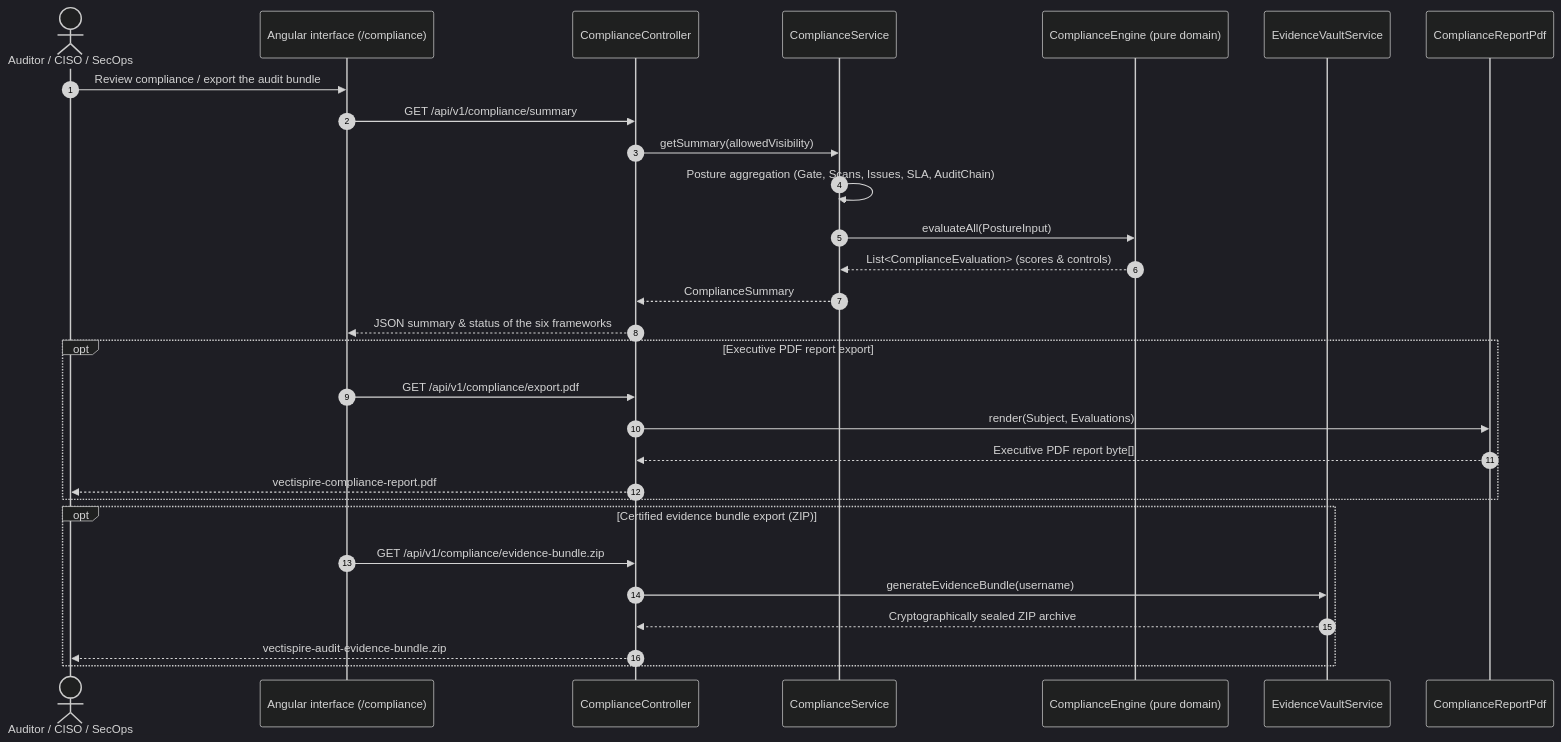
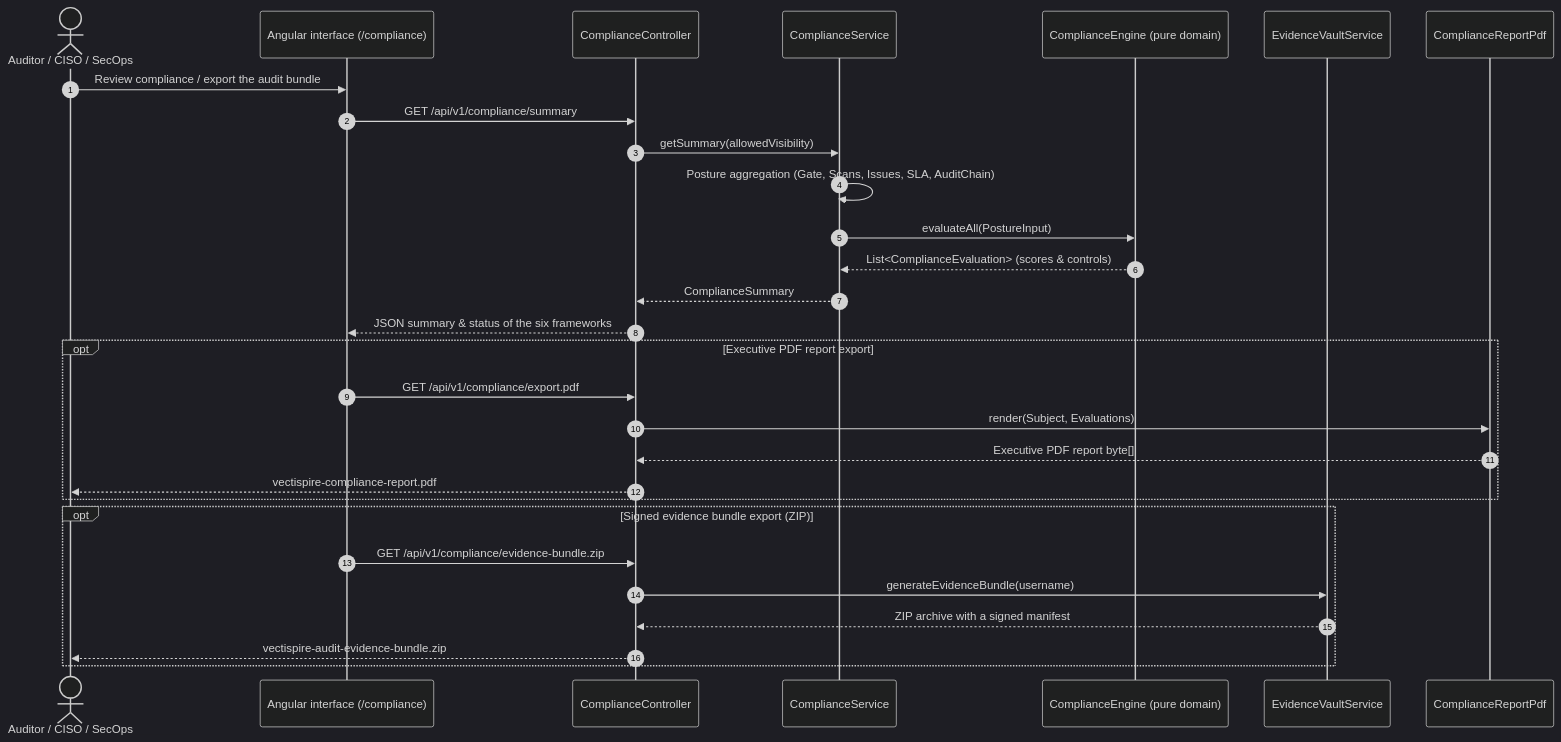
One commit to asmolabs/vectispire changed the diagram in docs/en/COMPLIANCE_AND_REGULATORY.md. Above: the diagram before and after it, drawn with Mermaid (dark theme). The commit also changed other lines of this file and 43 other files, not shown here.

````diff
--- a/docs/en/COMPLIANCE_AND_REGULATORY.md
+++ b/docs/en/COMPLIANCE_AND_REGULATORY.md
@@ -16,34 +28,34 @@
 ```mermaid
 sequenceDiagram
     autonumber
     actor Auditor as Auditor / CISO / SecOps
     participant UI as Angular interface (/compliance)
     participant Ctrl as ComplianceController
     participant Svc as ComplianceService
     participant Engine as ComplianceEngine (pure domain)
     participant Vault as EvidenceVaultService
     participant PDF as ComplianceReportPdf
 
     Auditor->>UI: Review compliance / export the audit bundle
     UI->>Ctrl: GET /api/v1/compliance/summary
     Ctrl->>Svc: getSummary(allowedVisibility)
     Svc->>Svc: Posture aggregation (Gate, Scans, Issues, SLA, AuditChain)
     Svc->>Engine: evaluateAll(PostureInput)
     Engine-->>Svc: List<ComplianceEvaluation> (scores & controls)
     Svc-->>Ctrl: ComplianceSummary
     Ctrl-->>UI: JSON summary & status of the six frameworks
 
     opt Executive PDF report export
         UI->>Ctrl: GET /api/v1/compliance/export.pdf
         Ctrl->>PDF: render(Subject, Evaluations)
         PDF-->>Ctrl: Executive PDF report byte[]
         Ctrl-->>Auditor: vectispire-compliance-report.pdf
     end
 
-    opt Certified evidence bundle export (ZIP)
+    opt Signed evidence bundle export (ZIP)
         UI->>Ctrl: GET /api/v1/compliance/evidence-bundle.zip
         Ctrl->>Vault: generateEvidenceBundle(username)
-        Vault-->>Ctrl: Cryptographically sealed ZIP archive
+        Vault-->>Ctrl: ZIP archive with a signed manifest
         Ctrl-->>Auditor: vectispire-audit-evidence-bundle.zip
     end
 ```
````
